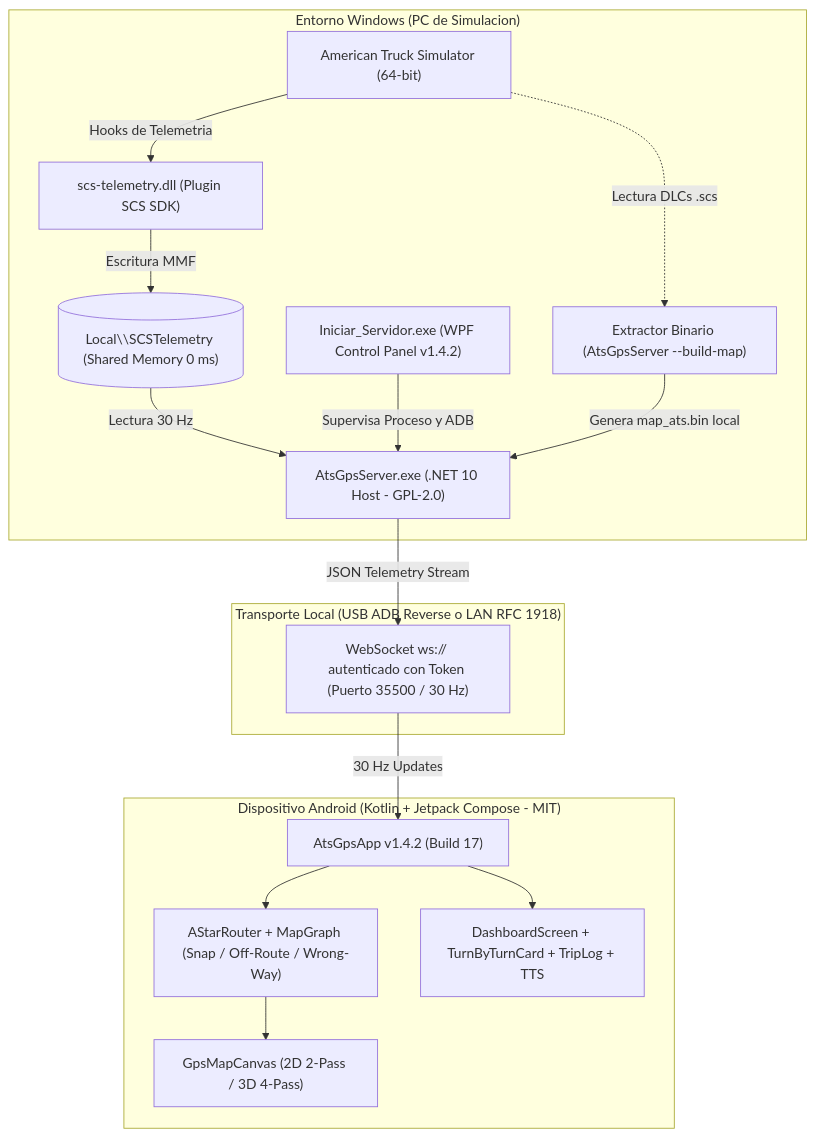
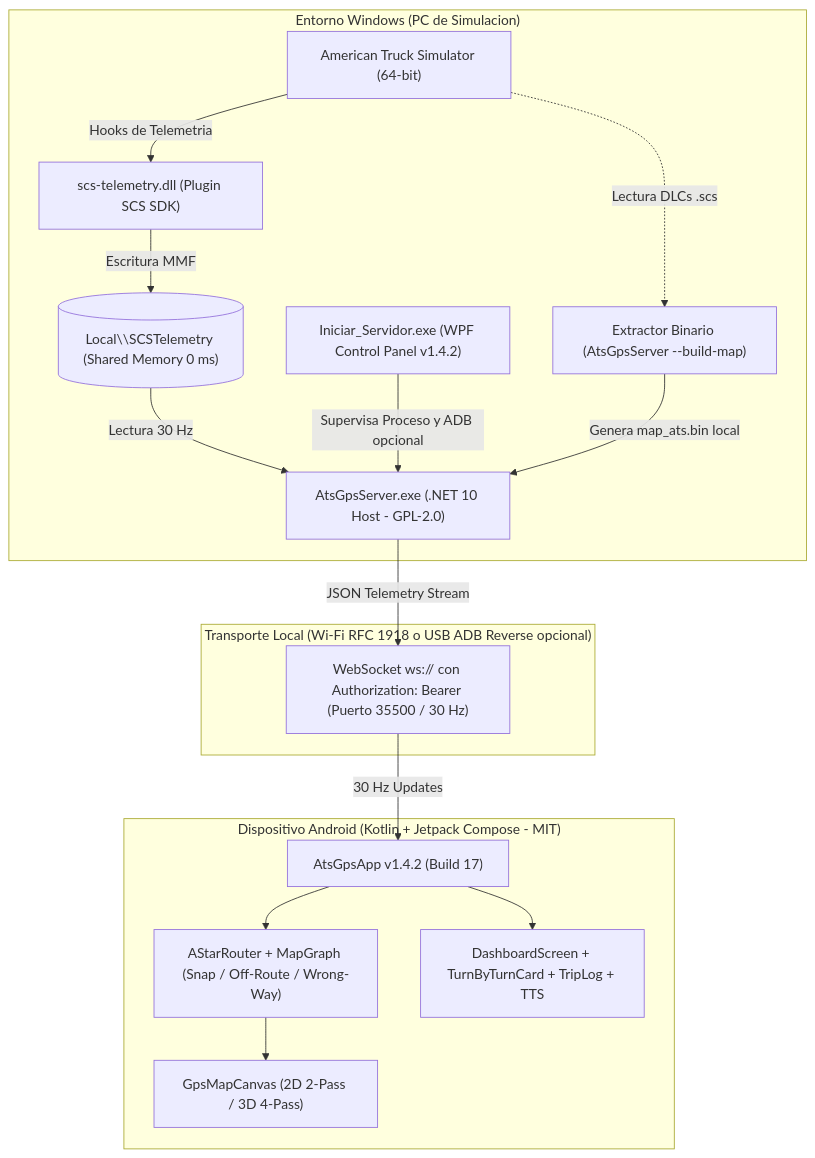
Before and after one commit to Gamavg06/GpsATS: the diagram in README.md, drawn with Mermaid. The commit also changed other lines of this file and 22 other files, not shown here.

````diff
--- a/README.md
+++ b/README.md
@@ -75,36 +76,36 @@
 ```mermaid
 flowchart TD
     subgraph PC["Entorno Windows (PC de Simulacion)"]
         ATS["American Truck Simulator (64-bit)"]
         SDK["scs-telemetry.dll (Plugin SCS SDK)"]
         MMF[("Local\\SCSTelemetry (Shared Memory 0 ms)")]
         Launcher["Iniciar_Servidor.exe (WPF Control Panel v1.4.2)"]
         Server["AtsGpsServer.exe (.NET 10 Host - GPL-2.0)"]
         MapExtractor["Extractor Binario (AtsGpsServer --build-map)"]
 
         ATS -->|Hooks de Telemetria| SDK
         SDK -->|Escritura MMF| MMF
         MMF -->|Lectura 30 Hz| Server
-        Launcher -->|Supervisa Proceso y ADB| Server
+        Launcher -->|Supervisa Proceso y ADB opcional| Server
         ATS -.->|Lectura DLCs .scs| MapExtractor
         MapExtractor -->|Genera map_ats.bin local| Server
     end
 
-    subgraph Transport["Transporte Local (USB ADB Reverse o LAN RFC 1918)"]
-        WS["WebSocket ws:// autenticado con Token (Puerto 35500 / 30 Hz)"]
+    subgraph Transport["Transporte Local (Wi-Fi RFC 1918 o USB ADB Reverse opcional)"]
+        WS["WebSocket ws:// con Authorization: Bearer (Puerto 35500 / 30 Hz)"]
     end
 
     subgraph Mobile["Dispositivo Android (Kotlin + Jetpack Compose - MIT)"]
         Client["AtsGpsApp v1.4.2 (Build 17)"]
         Router["AStarRouter + MapGraph (Snap / Off-Route / Wrong-Way)"]
         Canvas["GpsMapCanvas (2D 2-Pass / 3D 4-Pass)"]
         HUD["DashboardScreen + TurnByTurnCard + TripLog + TTS"]
 
         Client --> Router
         Router --> Canvas
         Client --> HUD
     end
 
     Server -->|JSON Telemetry Stream| WS
     WS -->|30 Hz Updates| Client
 ```
````
